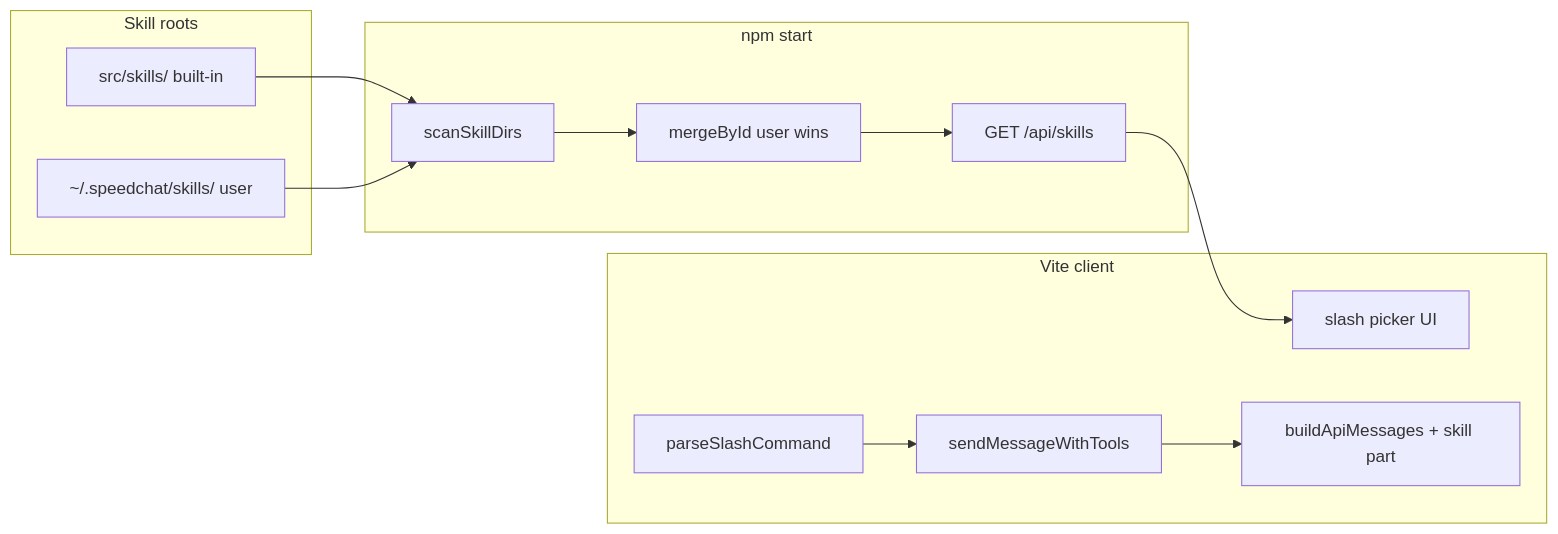
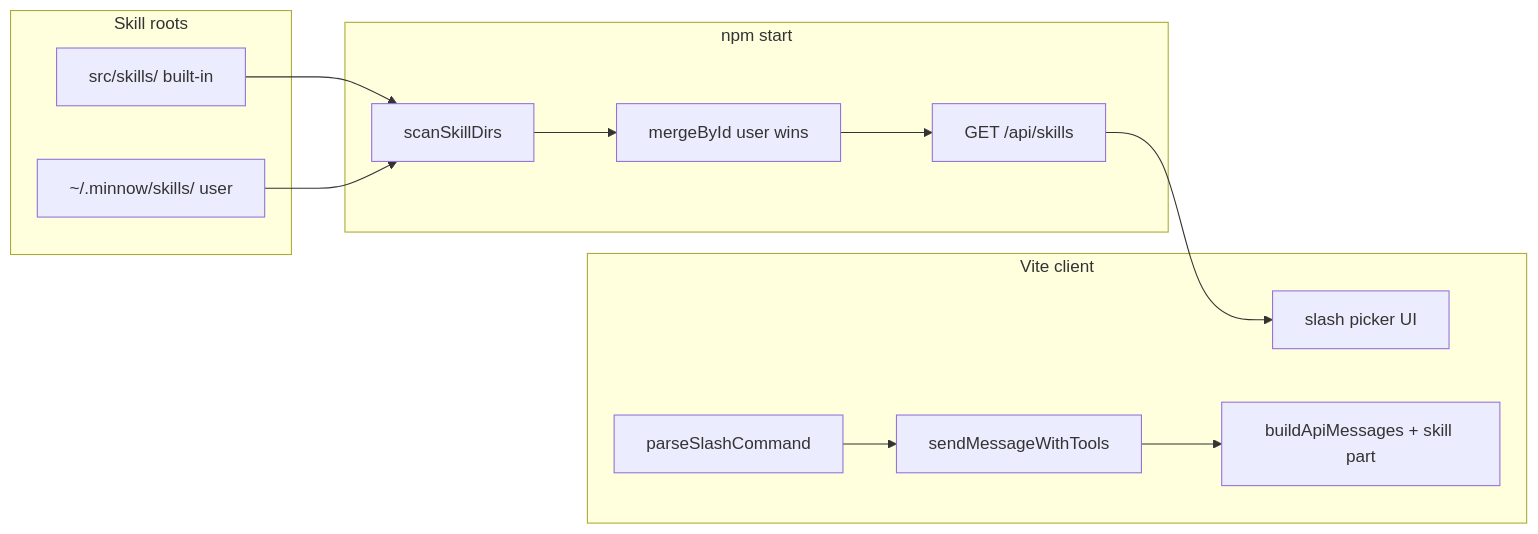
Before and after one commit to DukkyGames/Minnow: the diagram in documentation/plans/Build out/step-13-skills-framework.md, drawn with Mermaid. The commit also changed other lines of this file and 204 other files, not shown here.

````diff
--- a/documentation/plans/Build out/step-13-skills-framework.md
+++ b/documentation/plans/Build out/step-13-skills-framework.md
@@ -105,27 +105,27 @@
 ```mermaid
 flowchart LR
   subgraph roots [Skill roots]
     SRC[src/skills/ built-in]
-    HOME[~/.speedchat/skills/ user]
+    HOME[~/.minnow/skills/ user]
   end
 
   subgraph server [npm start]
     SCAN[scanSkillDirs]
     MERGE[mergeById user wins]
     API[GET /api/skills]
   end
 
   subgraph browser [Vite client]
     PICK[slash picker UI]
     PARSE[parseSlashCommand]
     SEND[sendMessageWithTools]
     BAM[buildApiMessages + skill part]
   end
 
   SRC --> SCAN
   HOME --> SCAN
   SCAN --> MERGE --> API
   API --> PICK
   PARSE --> SEND
   SEND --> BAM
 ```
````
